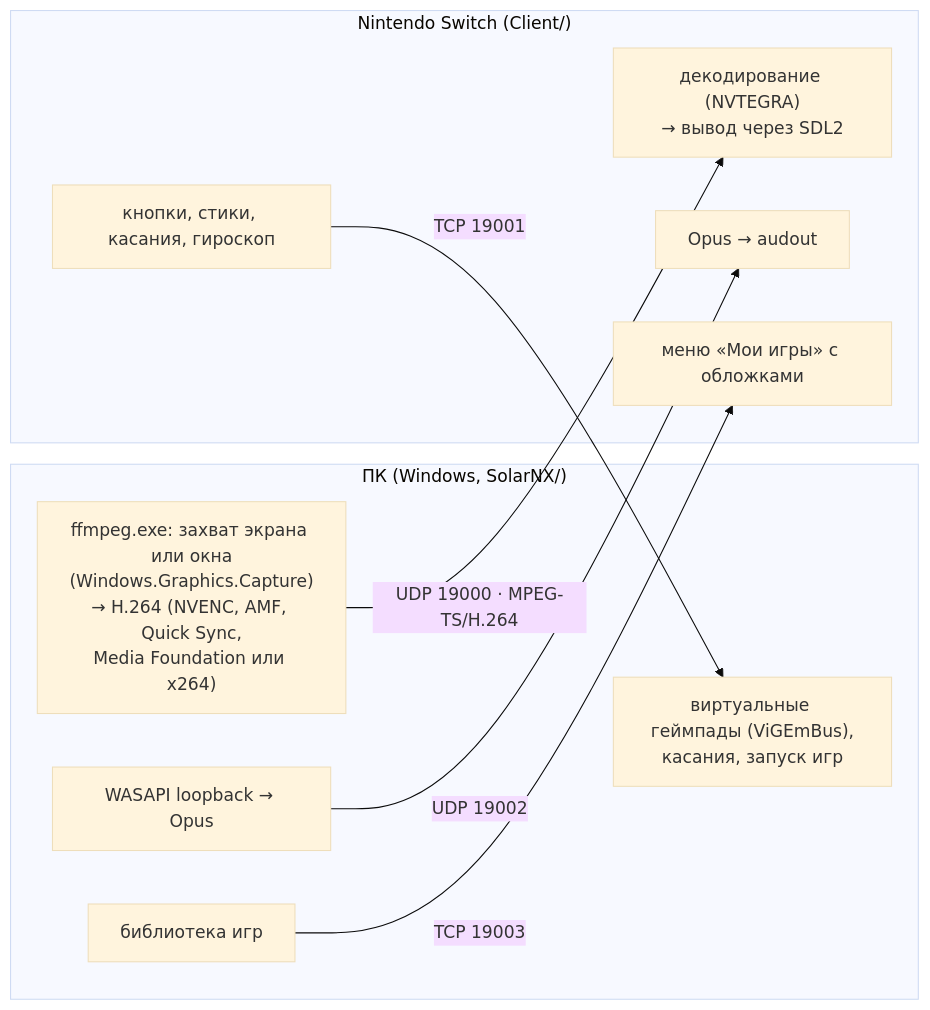
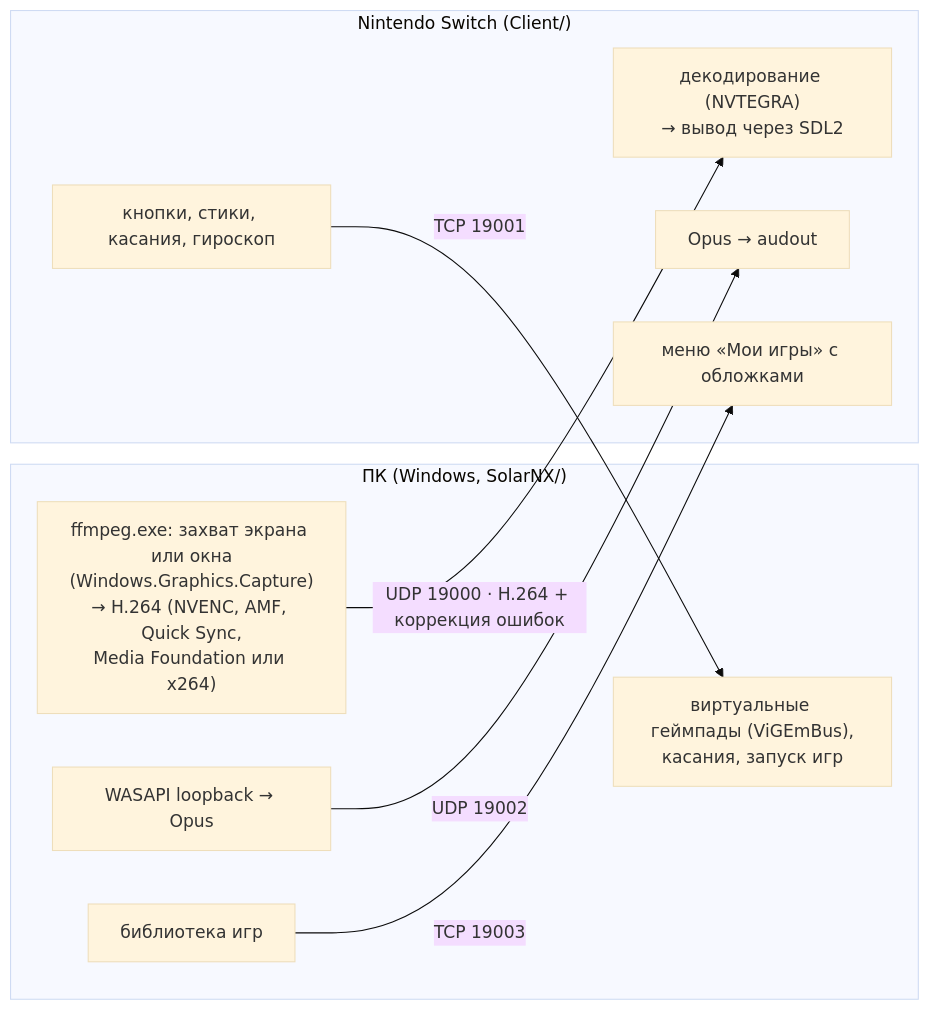
Before and after one commit to HaDoKit/SolarNX: the diagram in docs/architecture.md, drawn with Mermaid (base theme). The commit also changed other lines of this file and 28 other files, not shown here.

First line of the commit message:
Video: own UDP framing with Reed-Solomon FEC instead of MPEG-TS

````diff
--- a/docs/architecture.md
+++ b/docs/architecture.md
@@ -7,19 +7,19 @@
 ```mermaid
 flowchart LR
     subgraph PC["ПК (Windows, SolarNX/)"]
         cap["ffmpeg.exe: захват экрана или окна<br/>(Windows.Graphics.Capture)<br/>→ H.264 (NVENC, AMF, Quick Sync,<br/>Media Foundation или x264)"]
         aud["WASAPI loopback → Opus"]
         inp["виртуальные геймпады (ViGEmBus),<br/>касания, запуск игр"]
         lib["библиотека игр"]
     end
     subgraph NX["Nintendo Switch (Client/)"]
         dec["декодирование (NVTEGRA)<br/>→ вывод через SDL2"]
         play["Opus → audout"]
         ctl["кнопки, стики, касания, гироскоп"]
         menu["меню «Мои игры» с обложками"]
     end
-    cap -- "UDP 19000 · MPEG-TS/H.264" --> dec
+    cap -- "UDP 19000 · H.264 + коррекция ошибок" --> dec
     aud -- "UDP 19002" --> play
     ctl -- "TCP 19001" --> inp
     lib -- "TCP 19003" --> menu
 ```
````
